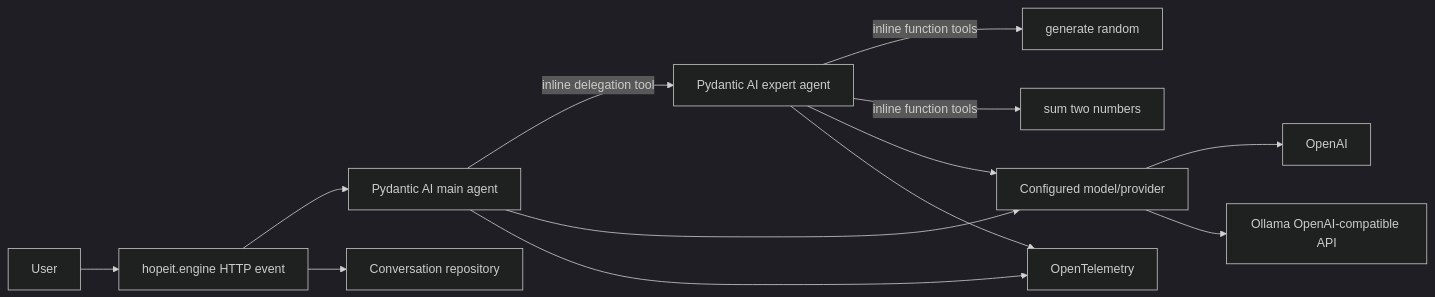
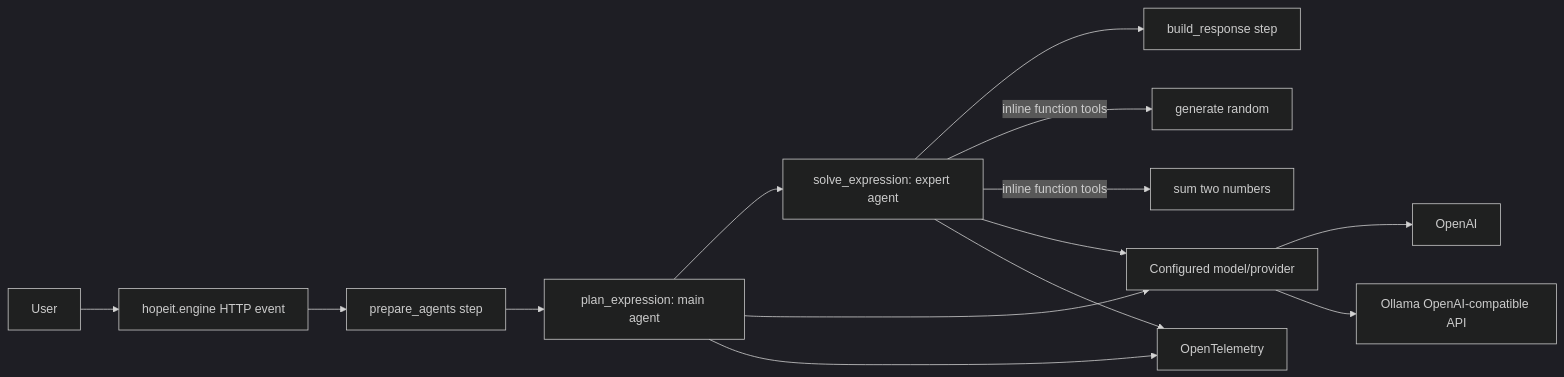
Before and after one commit to hopeit-git/hopeit.agents: the second of 2 diagrams in docs/PYDANTIC_AI_REPO_MIGRATION_PLAN.md, drawn with Mermaid (dark theme). The commit also changed other lines of this file and 9 other files, not shown here.

````diff
--- a/docs/PYDANTIC_AI_REPO_MIGRATION_PLAN.md
+++ b/docs/PYDANTIC_AI_REPO_MIGRATION_PLAN.md
@@ -107,17 +107,18 @@
 ```mermaid
 flowchart LR
     U[User] --> H[hopeit.engine HTTP event]
-    H --> M[Pydantic AI main agent]
-    M -->|inline delegation tool| E[Pydantic AI expert agent]
+    H --> P[prepare_agents step]
+    P --> M[plan_expression: main agent]
+    M --> E[solve_expression: expert agent]
+    E --> B[build_response step]
     E -->|inline function tools| R[generate random]
     E -->|inline function tools| S[sum two numbers]
 
-    H --> C[Conversation repository]
-    M --> P[Configured model/provider]
-    E --> P
-    P --> OAI[OpenAI]
-    P --> OLL[Ollama OpenAI-compatible API]
+    M --> C[Configured model/provider]
+    E --> C
+    C --> OAI[OpenAI]
+    C --> OLL[Ollama OpenAI-compatible API]
 
     M --> OT[OpenTelemetry]
     E --> OT
 ```
````
